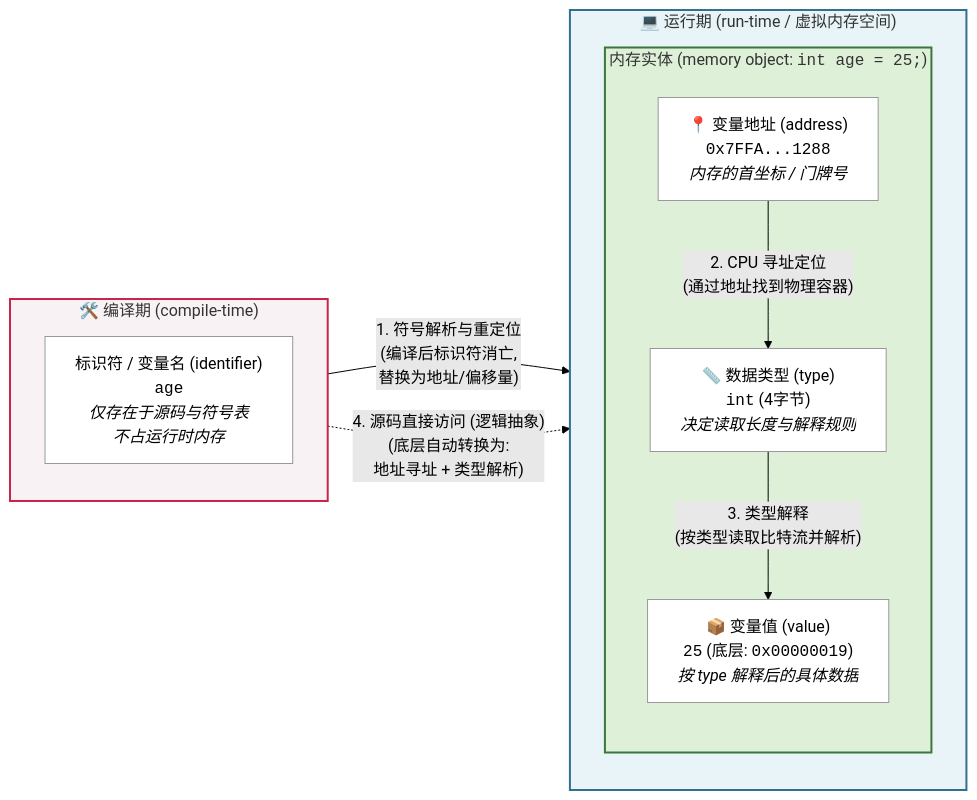
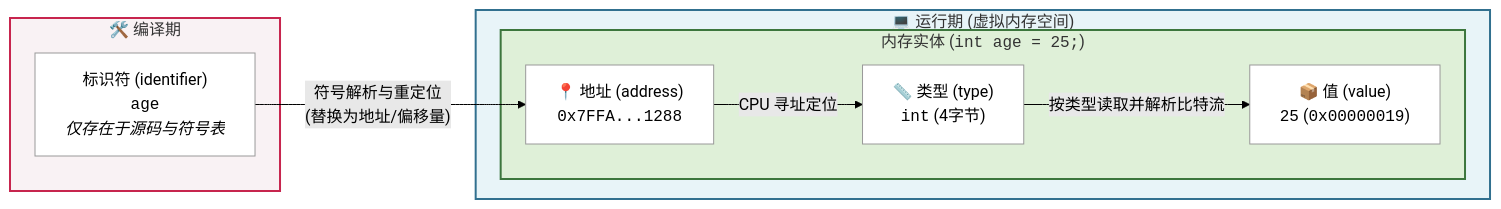
Before and after one commit to dmjcb/dmjcb.github.io: the second of 13 diagrams in _posts/c_c++/pointer/2022-01-08-pointer.md, drawn with Mermaid (forest theme). The commit also changed other lines of this file and 14 other files, not shown here.

````diff
--- a/_posts/c_c++/pointer/2022-01-08-pointer.md
+++ b/_posts/c_c++/pointer/2022-01-08-pointer.md
@@ -41,41 +43,28 @@
 ```mermaid
 graph LR;
-    %% 定义样式 (色彩分区)
     classDef compile fill:#f9f2f4,stroke:#c7254e,stroke-width:2px,color:#333;
     classDef runtime fill:#e8f4f8,stroke:#31708f,stroke-width:2px,color:#333;
     classDef memory fill:#dff0d8,stroke:#3c763d,stroke-width:2px,color:#333;
     classDef nodeStyle fill:#ffffff,stroke:#999,stroke-width:1px;
 
-    subgraph CompileTime ["🛠️ 编译期 (compile-time)"]
-        direction TB
-        Name["标识符 / 变量名 (identifier)<br/><code>age</code><br/><i>仅存在于源码与符号表<br/>不占运行时内存</i>"]
+    subgraph CompileTime ["🛠️ 编译期"]
+        Name["标识符 (identifier)<br/><code>age</code><br/><i>仅存在于源码与符号表</i>"]
     end
 
-    subgraph RunTime ["💻 运行期 (run-time / 虚拟内存空间)"]
-        direction TB
-        subgraph MemoryBlock ["内存实体 (memory object: <code>int age = 25;</code>)"]
-            direction TB
-            Addr["📍 变量地址 (address)<br/><code>0x7FFA...1288</code><br/><i>内存的首坐标 / 门牌号</i>"]
-            
-            Type["📏 数据类型 (type)<br/><code>int</code> (4字节)<br/><i>决定读取长度与解释规则</i>"]
-            
-            Val["📦 变量值 (value)<br/><code>25</code> (底层: <code>0x00000019</code>)<br/><i>按 type 解释后的具体数据</i>"]
+    subgraph RunTime ["💻 运行期 (虚拟内存空间)"]
+        subgraph MemoryBlock ["内存实体 (<code>int age = 25;</code>)"]
+            Addr["📍 地址 (address)<br/><code>0x7FFA...1288</code>"]
+            Type["📏 类型 (type)<br/><code>int</code> (4字节)"]
+            Val["📦 值 (value)<br/><code>25</code> (<code>0x00000019</code>)"]
         end
     end
 
-    %% 跨图连线与逻辑说明
-    Name -- "1. 符号解析与重定位<br/>(编译后标识符消亡,<br/>替换为地址/偏移量)" --> Addr
-    
-    Addr -- "2. CPU 寻址定位<br/>(通过地址找到物理容器)" --> Type
-    Type -- "3. 类型解释<br/>(按类型读取比特流并解析)" --> Val
+    Name -- "符号解析与重定位<br/>(替换为地址/偏移量)" --> Addr
+    Addr -- "CPU 寻址定位" --> Type
+    Type -- "按类型读取并解析比特流" --> Val
 
-    %% 源码层面的抽象访问 (虚线)
-    Name -. "4. 源码直接访问 (逻辑抽象)<br/>(底层自动转换为:<br/>地址寻址 + 类型解析)" .-> Val
-
-    %% 应用样式
     class CompileTime compile;
     class RunTime runtime;
     class MemoryBlock memory;
     class Name,Addr,Type,Val nodeStyle;
-
 ```
````
